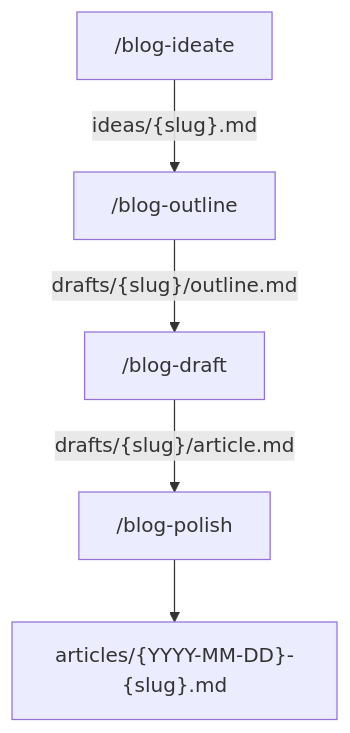
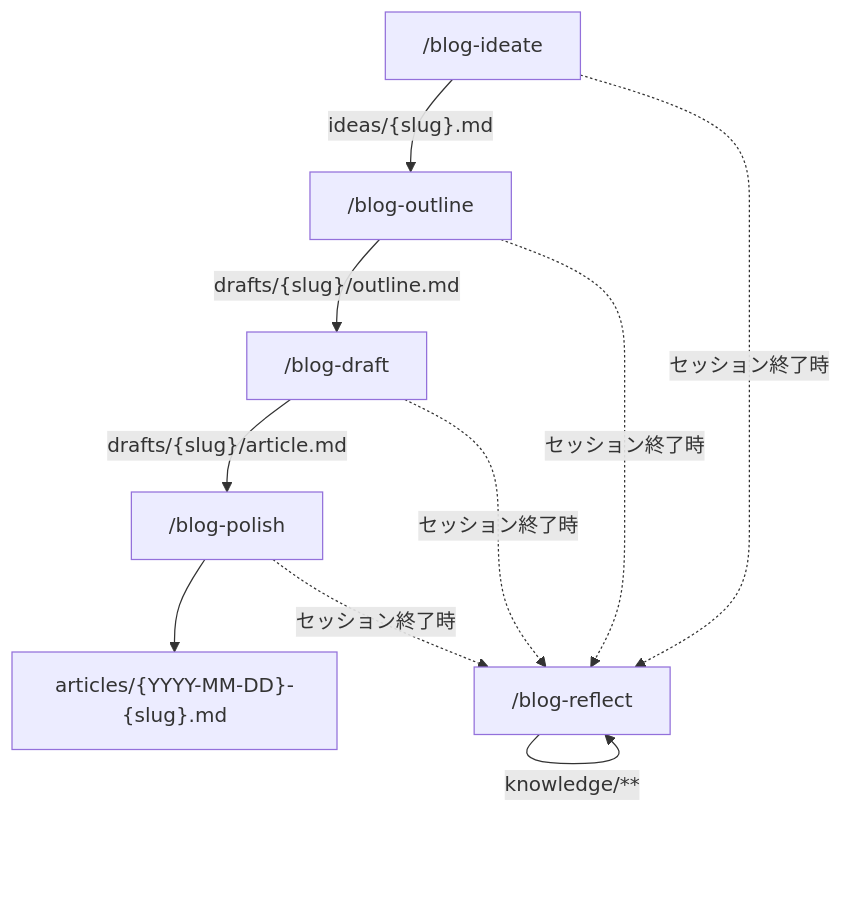
Before and after one commit to ysrkw/blogs: the diagram in README.md, drawn with Mermaid. The commit also changed other lines of this file and 12 other files, not shown here.

First line of the commit message:
feat: add blog-reflect skill and knowledge base for self-improvement loop

````diff
--- a/README.md
+++ b/README.md
@@ -26,7 +27,9 @@
 ```mermaid
 flowchart TD
     A["/blog-ideate"] -->|"ideas/{slug}.md"| B["/blog-outline"]
     B -->|"drafts/{slug}/outline.md"| C["/blog-draft"]
     C -->|"drafts/{slug}/article.md"| D["/blog-polish"]
     D --> E["articles/{YYYY-MM-DD}-{slug}.md"]
+    A & B & C & D -.->|"セッション終了時"| R["/blog-reflect"]
+    R -->|"knowledge/**"| R
 ```
````
